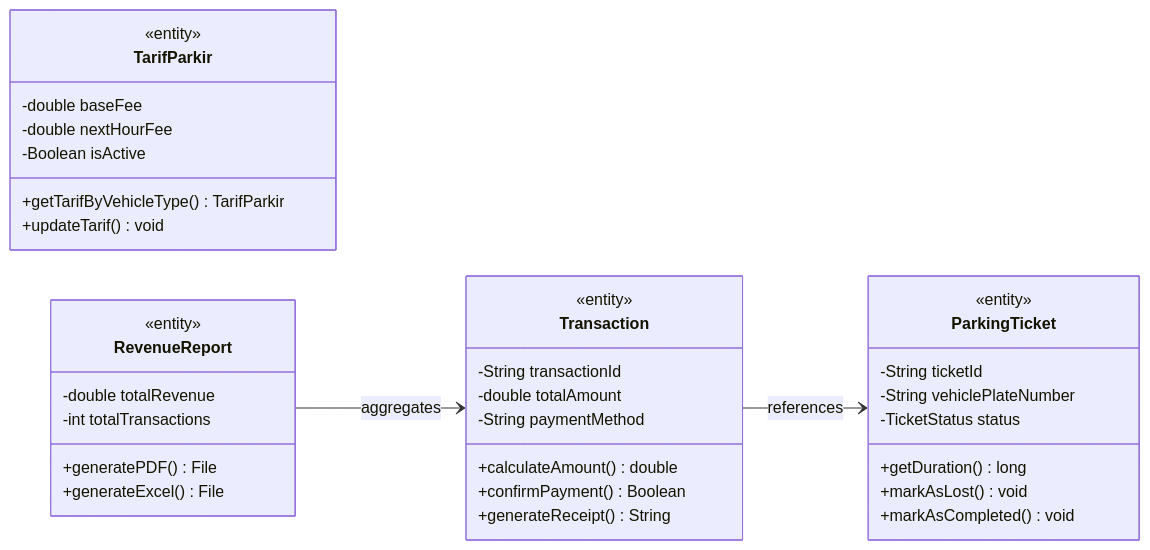
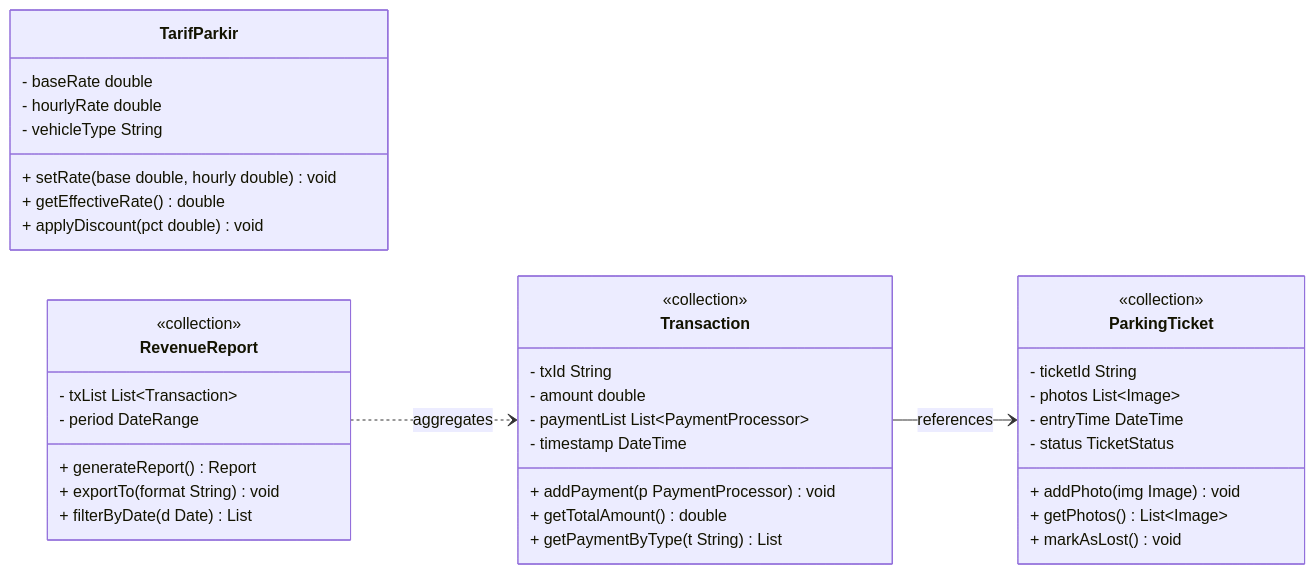
The first of 2 diagrams in docs/laporan_class_diagram.md (poggufanz/mkk-app), drawn with Mermaid before and after one commit. The commit also changed other lines of this file and 34 other files, not shown here.

First line of the commit message:
refactor: align codebase and documentation with new class diagram architecture

````diff
--- a/docs/laporan_class_diagram.md
+++ b/docs/laporan_class_diagram.md
@@ -430,44 +334,47 @@
 ```mermaid
 classDiagram
     direction LR
 
     class ParkingTicket {
-        <<entity>>
-        -String ticketId
-        -String vehiclePlateNumber
-        -TicketStatus status
-        +getDuration() long
-        +markAsLost() void
-        +markAsCompleted() void
+        <<collection>>
+        - ticketId String
+        - photos List~Image~
+        - entryTime DateTime
+        - status TicketStatus
+        + addPhoto(img Image) void
+        + getPhotos() List~Image~
+        + markAsLost() void
     }
 
     class Transaction {
-        <<entity>>
-        -String transactionId
-        -double totalAmount
-        -String paymentMethod
-        +calculateAmount() double
-        +confirmPayment() Boolean
-        +generateReceipt() String
+        <<collection>>
+        - txId String
+        - amount double
+        - paymentList List~PaymentProcessor~
+        - timestamp DateTime
+        + addPayment(p PaymentProcessor) void
+        + getTotalAmount() double
+        + getPaymentByType(t String) List
     }
 
     class TarifParkir {
-        <<entity>>
-        -double baseFee
-        -double nextHourFee
-        -Boolean isActive
-        +getTarifByVehicleType() TarifParkir
-        +updateTarif() void
+        - baseRate double
+        - hourlyRate double
+        - vehicleType String
+        + setRate(base double, hourly double) void
+        + getEffectiveRate() double
+        + applyDiscount(pct double) void
     }
 
     class RevenueReport {
-        <<entity>>
-        -double totalRevenue
-        -int totalTransactions
-        +generatePDF() File
-        +generateExcel() File
+        <<collection>>
+        - txList List~Transaction~
+        - period DateRange
+        + generateReport() Report
+        + exportTo(format String) void
+        + filterByDate(d Date) List
     }
 
     Transaction --> ParkingTicket : references
-    RevenueReport --> Transaction : aggregates
+    RevenueReport ..> Transaction : aggregates
 ```
````
